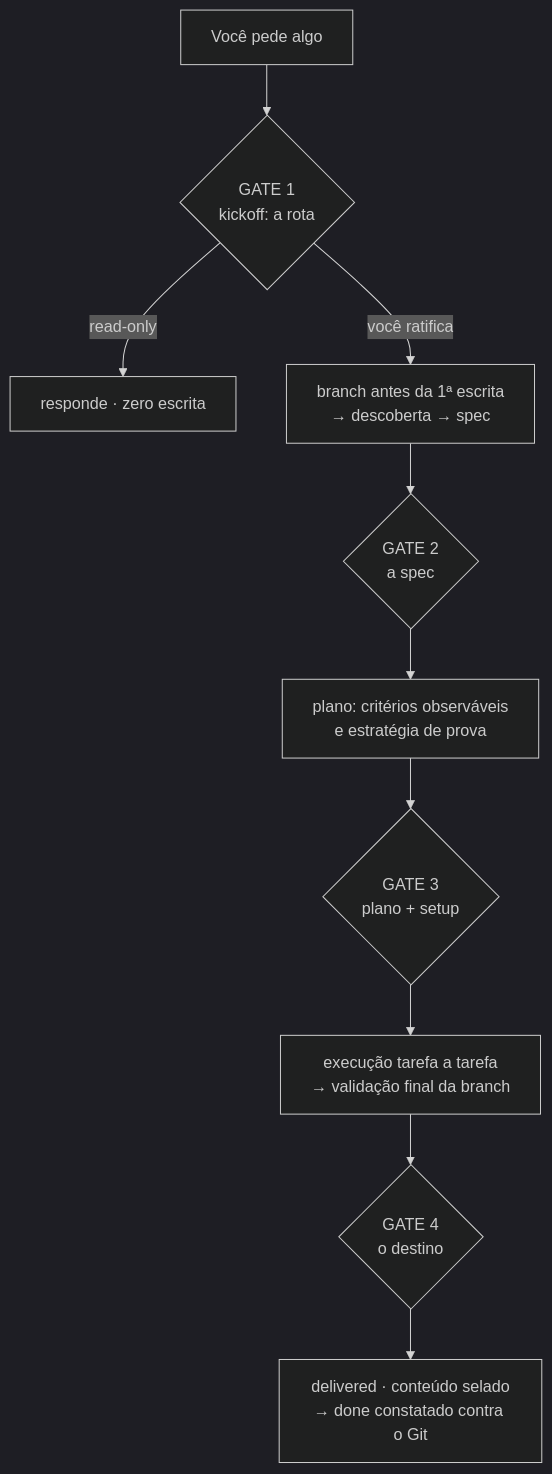
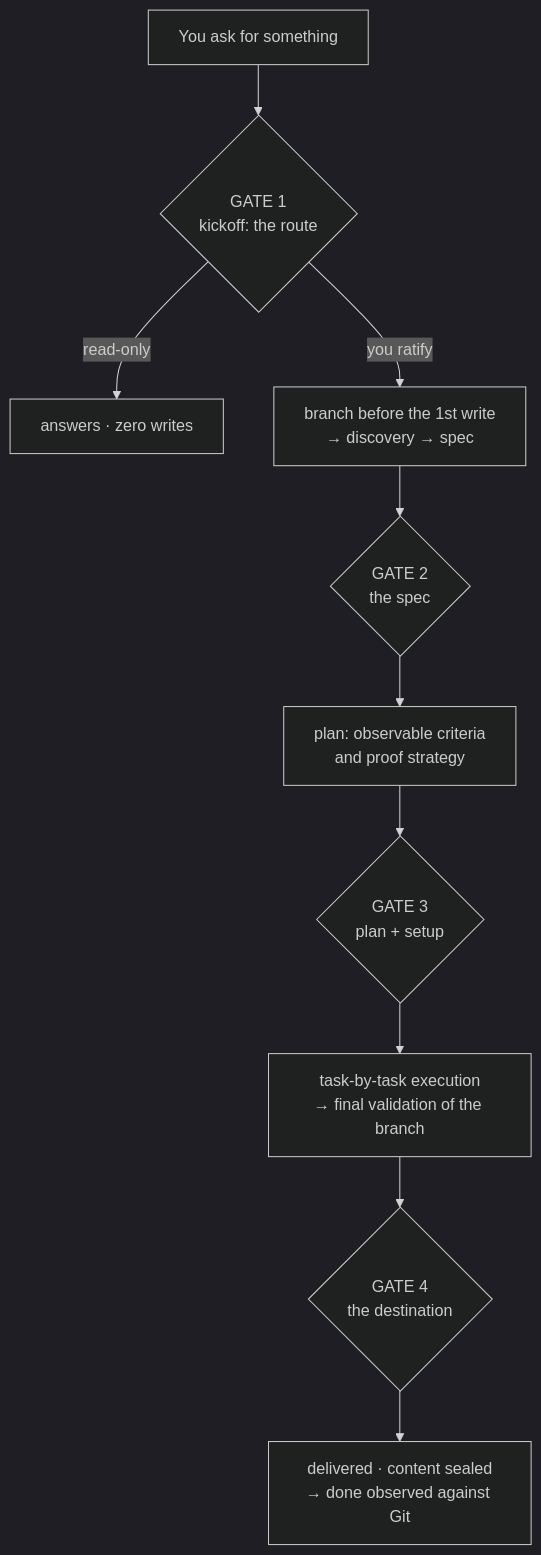
The second of 8 diagrams in README.md (rpelizza/PelizzAI), drawn with Mermaid (dark theme) before and after one commit. The commit also changed other lines of this file and 362 other files, not shown here.

````diff
--- a/README.md
+++ b/README.md
@@ -115,12 +115,12 @@
 ```mermaid
 flowchart TD
-    P["Você pede algo"] --> GK{"GATE 1<br/>kickoff: a rota"}
-    GK -- "read-only" --> RO["responde · zero escrita"]
-    GK -- "você ratifica" --> DES["branch antes da 1ª escrita<br/>→ descoberta → spec"]
-    DES --> GS{"GATE 2<br/>a spec"}
-    GS --> PLAN["plano: critérios observáveis<br/>e estratégia de prova"]
-    PLAN --> GP{"GATE 3<br/>plano + setup"}
-    GP --> EXEC["execução tarefa a tarefa<br/>→ validação final da branch"]
-    EXEC --> GD{"GATE 4<br/>o destino"}
-    GD --> DEL["delivered · conteúdo selado<br/>→ done constatado contra o Git"]
+    P["You ask for something"] --> GK{"GATE 1<br/>kickoff: the route"}
+    GK -- "read-only" --> RO["answers · zero writes"]
+    GK -- "you ratify" --> DES["branch before the 1st write<br/>→ discovery → spec"]
+    DES --> GS{"GATE 2<br/>the spec"}
+    GS --> PLAN["plan: observable criteria<br/>and proof strategy"]
+    PLAN --> GP{"GATE 3<br/>plan + setup"}
+    GP --> EXEC["task-by-task execution<br/>→ final validation of the branch"]
+    EXEC --> GD{"GATE 4<br/>the destination"}
+    GD --> DEL["delivered · content sealed<br/>→ done observed against Git"]
 ```
````
